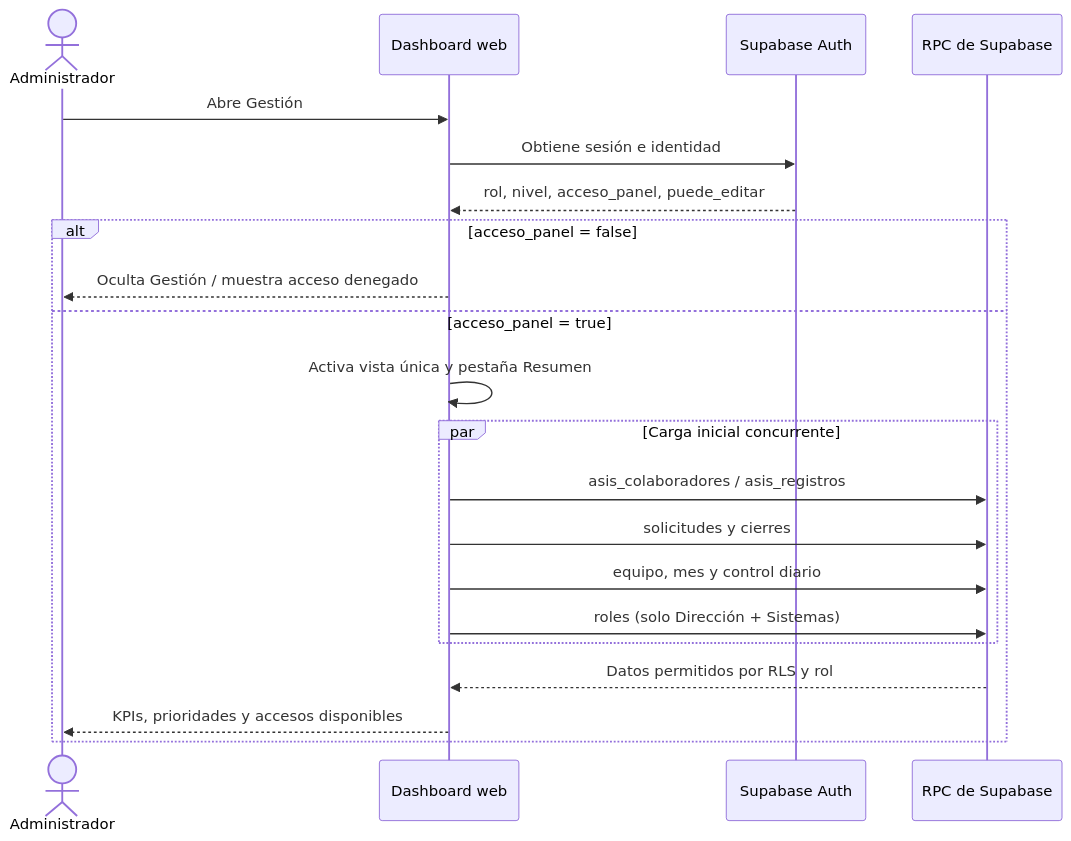
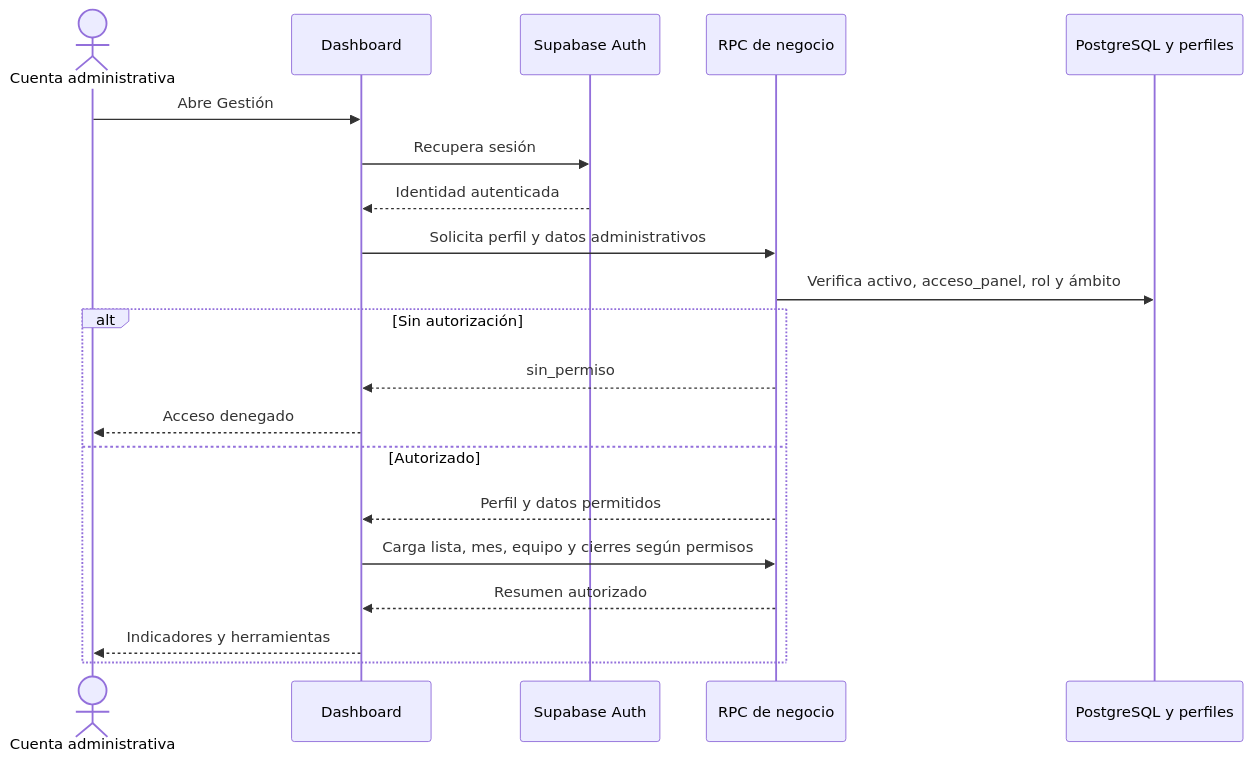
The first of 22 diagrams in docs/20-diagramas-secuencia-administracion.md (kjabienestar-ux/KJA), drawn with Mermaid before and after one commit. The commit also changed other lines of this file and 4 other files, not shown here.

````diff
--- a/docs/20-diagramas-secuencia-administracion.md
+++ b/docs/20-diagramas-secuencia-administracion.md
@@ -14,24 +20,22 @@
 ```mermaid
 sequenceDiagram
-    actor Admin as Administrador
-    participant Web as Dashboard web
-    participant Auth as Supabase Auth
-    participant RPC as RPC de Supabase
-
-    Admin->>Web: Abre Gestión
-    Web->>Auth: Obtiene sesión e identidad
-    Auth-->>Web: rol, nivel, acceso_panel, puede_editar
-    alt acceso_panel = false
-        Web-->>Admin: Oculta Gestión / muestra acceso denegado
-    else acceso_panel = true
-        Web->>Web: Activa vista única y pestaña Resumen
-        par Carga inicial concurrente
-            Web->>RPC: asis_colaboradores / asis_registros
-            Web->>RPC: solicitudes y cierres
-            Web->>RPC: equipo, mes y control diario
-            Web->>RPC: roles (solo Dirección + Sistemas)
-        end
-        RPC-->>Web: Datos permitidos por RLS y rol
-        Web-->>Admin: KPIs, prioridades y accesos disponibles
+    actor U as Cuenta administrativa
+    participant W as Dashboard
+    participant A as Supabase Auth
+    participant R as RPC de negocio
+    participant B as PostgreSQL y perfiles
+    U->>W: Abre Gestión
+    W->>A: Recupera sesión
+    A-->>W: Identidad autenticada
+    W->>R: Solicita perfil y datos administrativos
+    R->>B: Verifica activo, acceso_panel, rol y ámbito
+    alt Sin autorización
+    R-->>W: sin_permiso
+    W-->>U: Acceso denegado
+    else Autorizado
+    R-->>W: Perfil y datos permitidos
+    W->>R: Carga lista, mes, equipo y cierres según permisos
+    R-->>W: Resumen autorizado
+    W-->>U: Indicadores y herramientas
     end
 ```
````
